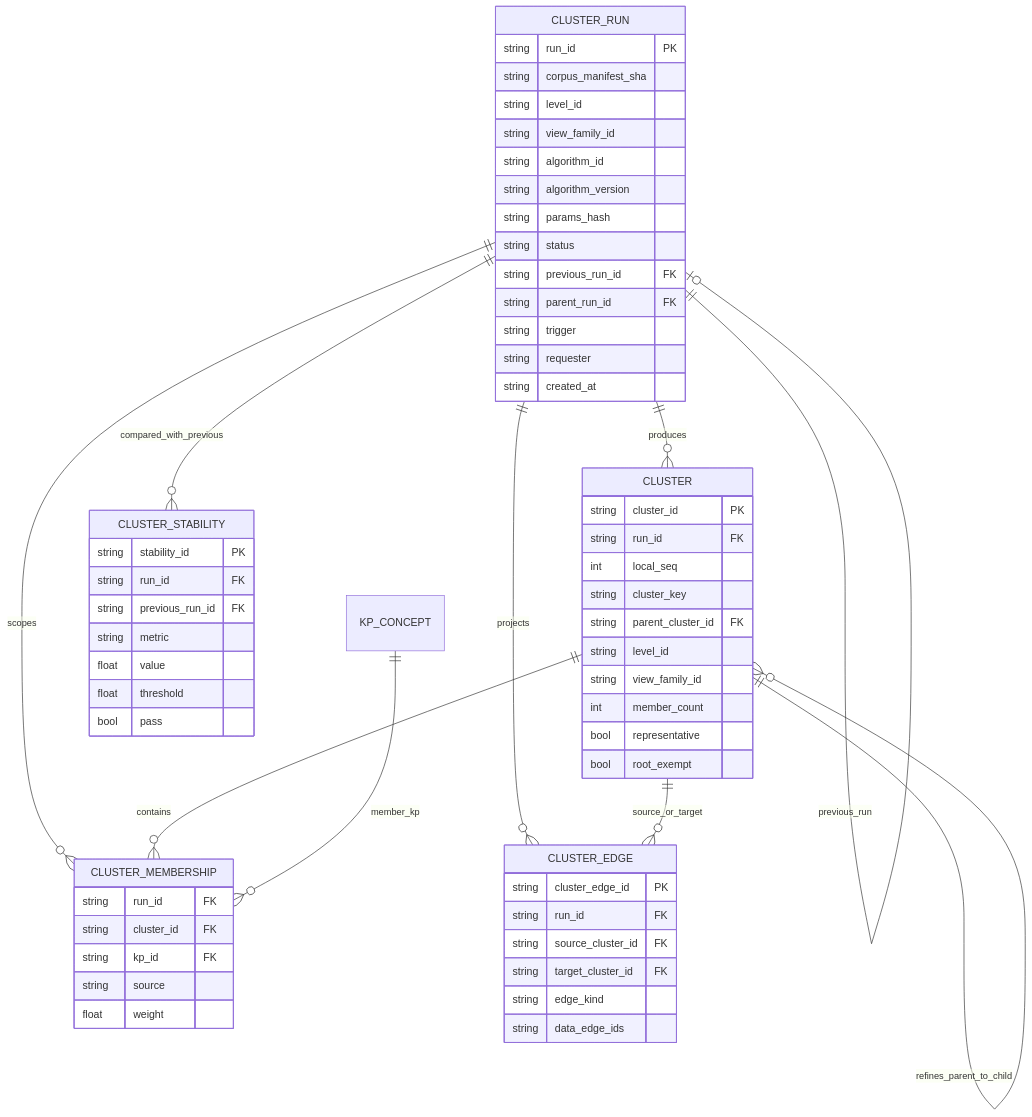
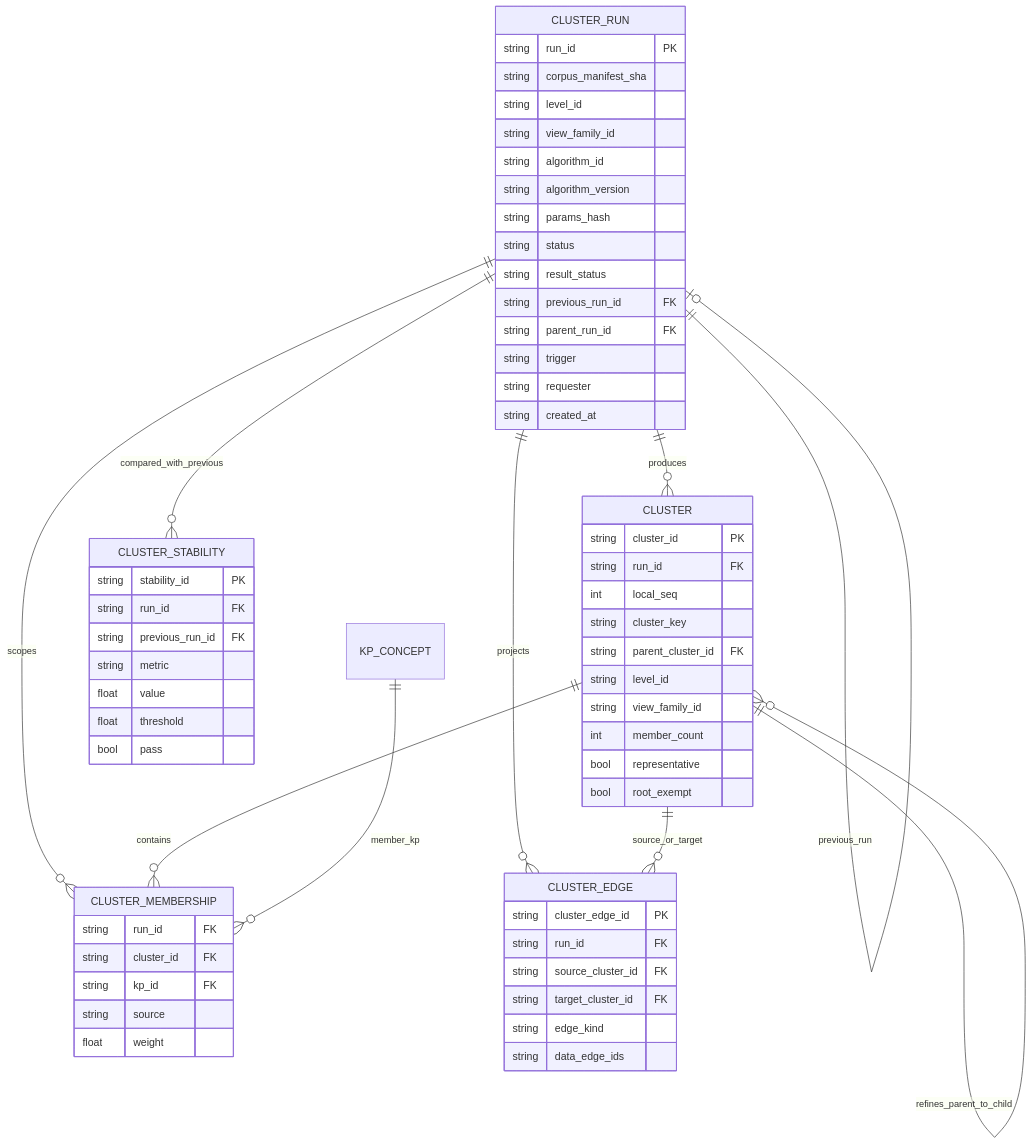
One commit to Fresh-Tim-Lam/Memoria changed the third of 9 diagrams in docs/design/multilevel-graph/ENGINEERING-PLAN.md. Above: the diagram before and after it, drawn with Mermaid. The commit also changed other lines of this file and 5 other files, not shown here.

````diff
--- a/docs/design/multilevel-graph/ENGINEERING-PLAN.md
+++ b/docs/design/multilevel-graph/ENGINEERING-PLAN.md
@@ -389,64 +389,65 @@
 ```mermaid
 erDiagram
     CLUSTER_RUN ||--o{ CLUSTER : produces
     CLUSTER_RUN ||--o{ CLUSTER_MEMBERSHIP : scopes
     CLUSTER_RUN ||--o{ CLUSTER_EDGE : projects
     CLUSTER_RUN ||--o{ CLUSTER_STABILITY : compared_with_previous
     CLUSTER_RUN ||--o| CLUSTER_RUN : previous_run
     CLUSTER ||--o{ CLUSTER_MEMBERSHIP : contains
     CLUSTER ||--o{ CLUSTER : refines_parent_to_child
     CLUSTER ||--o{ CLUSTER_EDGE : source_or_target
     KP_CONCEPT ||--o{ CLUSTER_MEMBERSHIP : member_kp
 
     CLUSTER_RUN {
         string run_id PK
         string corpus_manifest_sha
         string level_id
         string view_family_id
         string algorithm_id
         string algorithm_version
         string params_hash
         string status
+        string result_status
         string previous_run_id FK
         string parent_run_id FK
         string trigger
         string requester
         string created_at
     }
     CLUSTER {
         string cluster_id PK
         string run_id FK
         int local_seq
         string cluster_key
         string parent_cluster_id FK
         string level_id
         string view_family_id
         int member_count
         bool representative
         bool root_exempt
     }
     CLUSTER_MEMBERSHIP {
         string run_id FK
         string cluster_id FK
         string kp_id FK
         string source
         float weight
     }
     CLUSTER_EDGE {
         string cluster_edge_id PK
         string run_id FK
         string source_cluster_id FK
         string target_cluster_id FK
         string edge_kind
         string data_edge_ids
     }
     CLUSTER_STABILITY {
         string stability_id PK
         string run_id FK
         string previous_run_id FK
         string metric
         float value
         float threshold
         bool pass
     }
 ```
````
